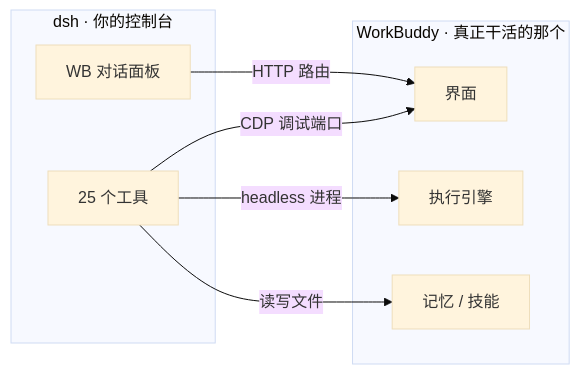
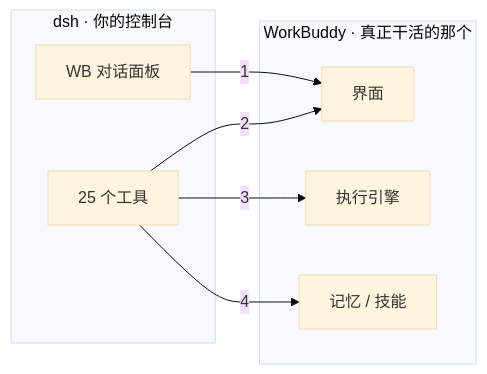
The diagram in README.md (YE-ZINAN/dsh-wb), drawn with Mermaid (base theme) before and after one commit. The commit also changed other lines of this file, not shown here.

Commit message:
docs: 流程图改用编号标签 + 图例，修掉文字框重叠

````diff
--- a/README.md
+++ b/README.md
@@ -62,16 +62,16 @@
 ```mermaid
 flowchart LR
   subgraph DSH["dsh · 你的控制台"]
     P["WB 对话面板"]
     T["25 个工具"]
   end
   subgraph WB["WorkBuddy · 真正干活的那个"]
     UI["界面"]
     E["执行引擎"]
     M["记忆 / 技能"]
   end
-  P -->|HTTP 路由| UI
-  T -->|CDP 调试端口| UI
-  T -->|headless 进程| E
-  T -->|读写文件| M
+  P -- 1 --> UI
+  T -- 2 --> UI
+  T -- 3 --> E
+  T -- 4 --> M
 ```
````
